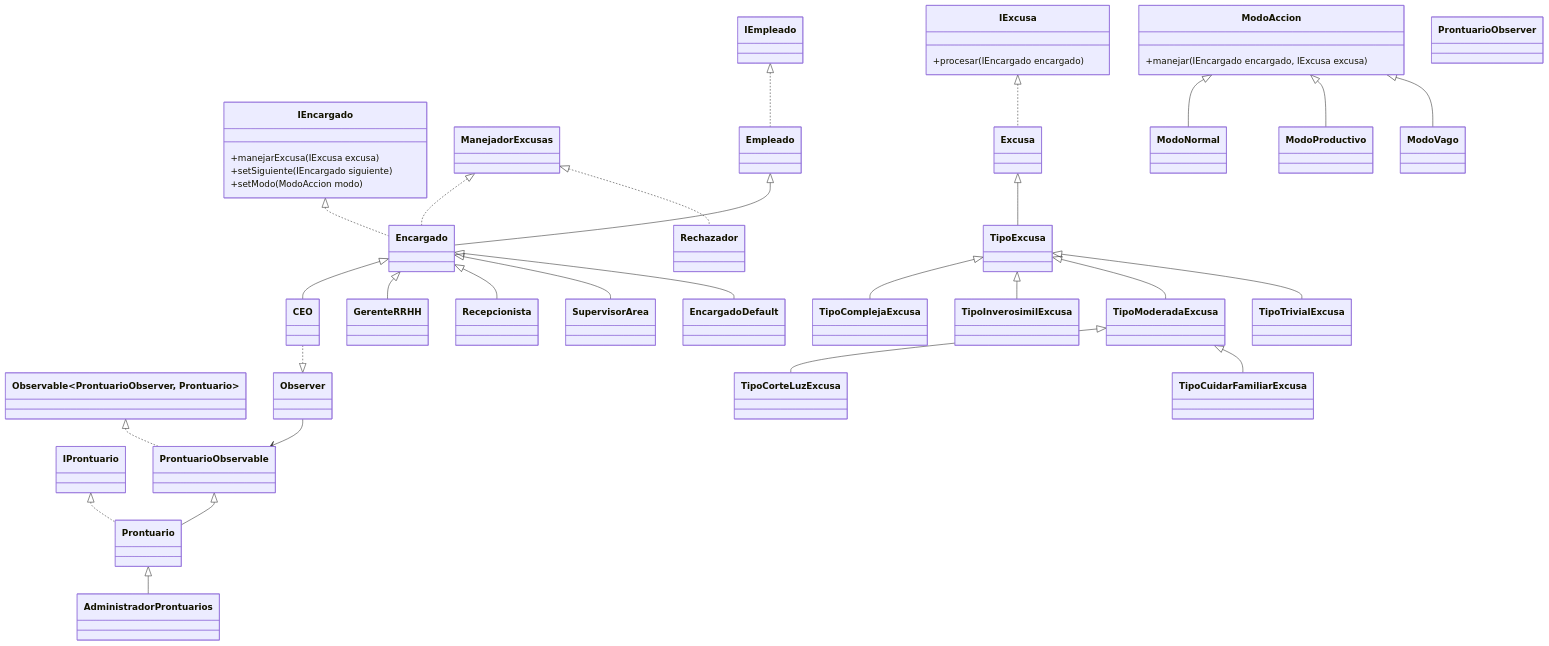
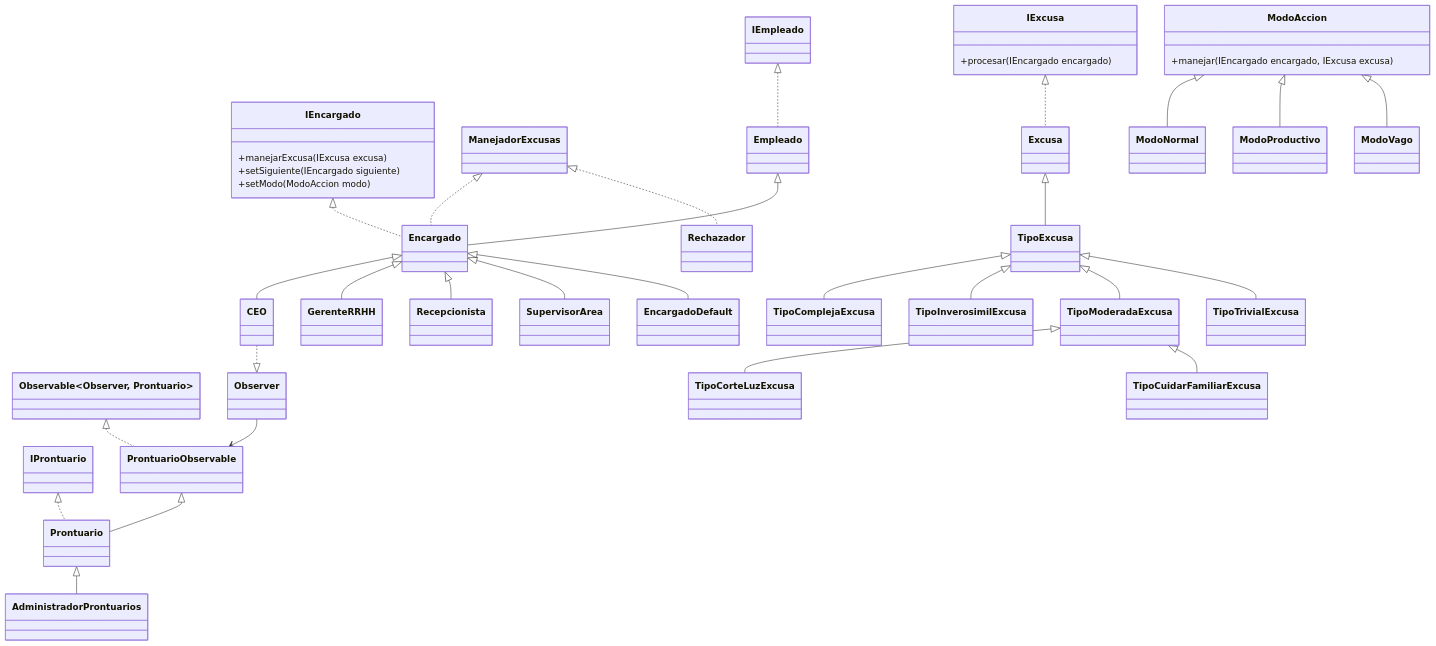
The diagram in README.md (SantiFalcon59/DisenoSistemas), drawn with Mermaid before and after one commit. The commit also changed 3 other files, not shown here.

```diff
--- a/README.md
+++ b/README.md
@@ -54,7 +54,7 @@
         +manejar(IEncargado encargado, IExcusa excusa)
     }
     class IProntuario
-    class Observable~ProntuarioObserver, Prontuario~
+    class Observable~Observer, Prontuario~
 
     %% Clases concretas
     class Empleado
@@ -82,7 +82,6 @@
     class AdministradorProntuarios
     class Prontuario
     class ProntuarioObservable
-    class ProntuarioObserver
 
     %% Herencias / Implementaciones
     IEmpleado <|.. Empleado
```
